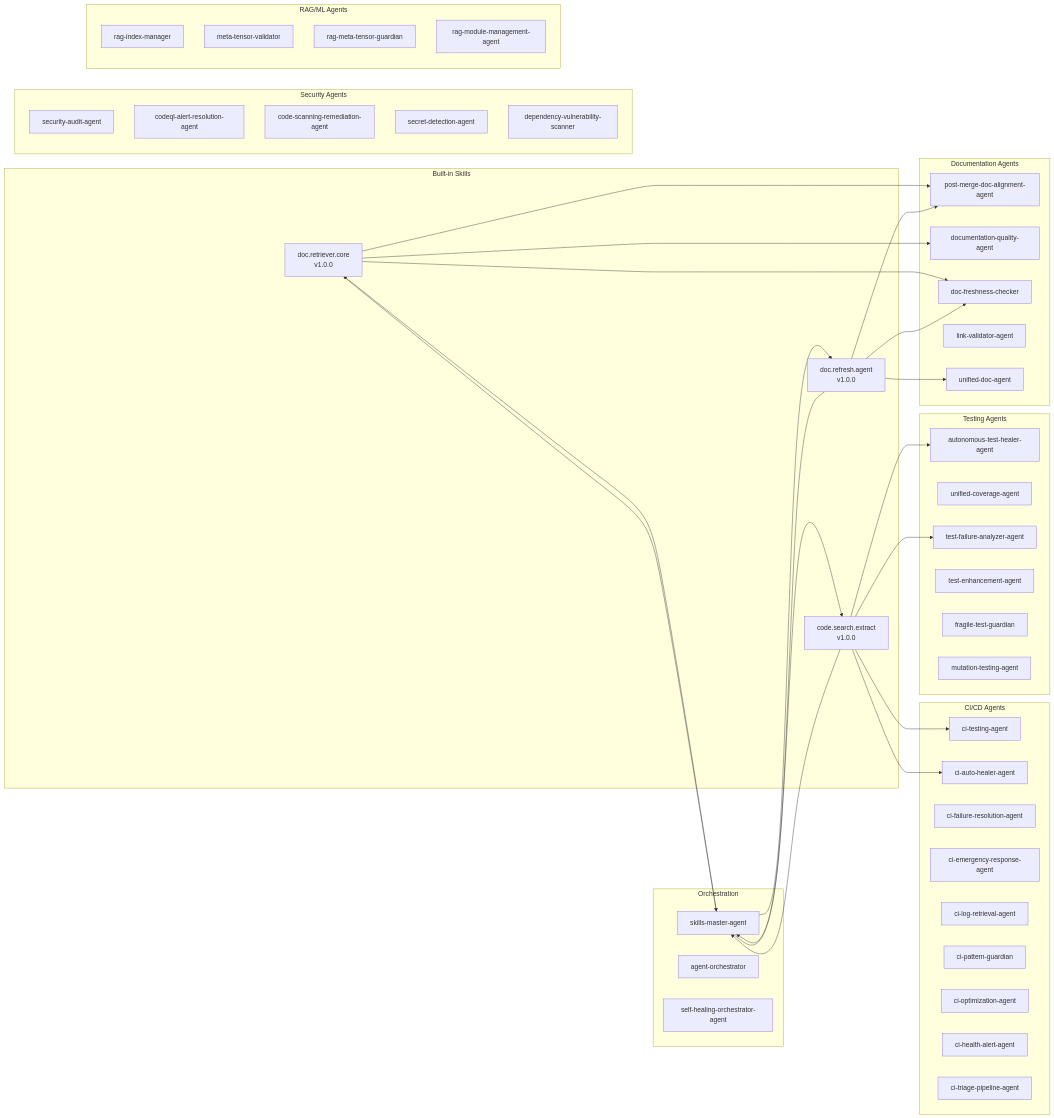
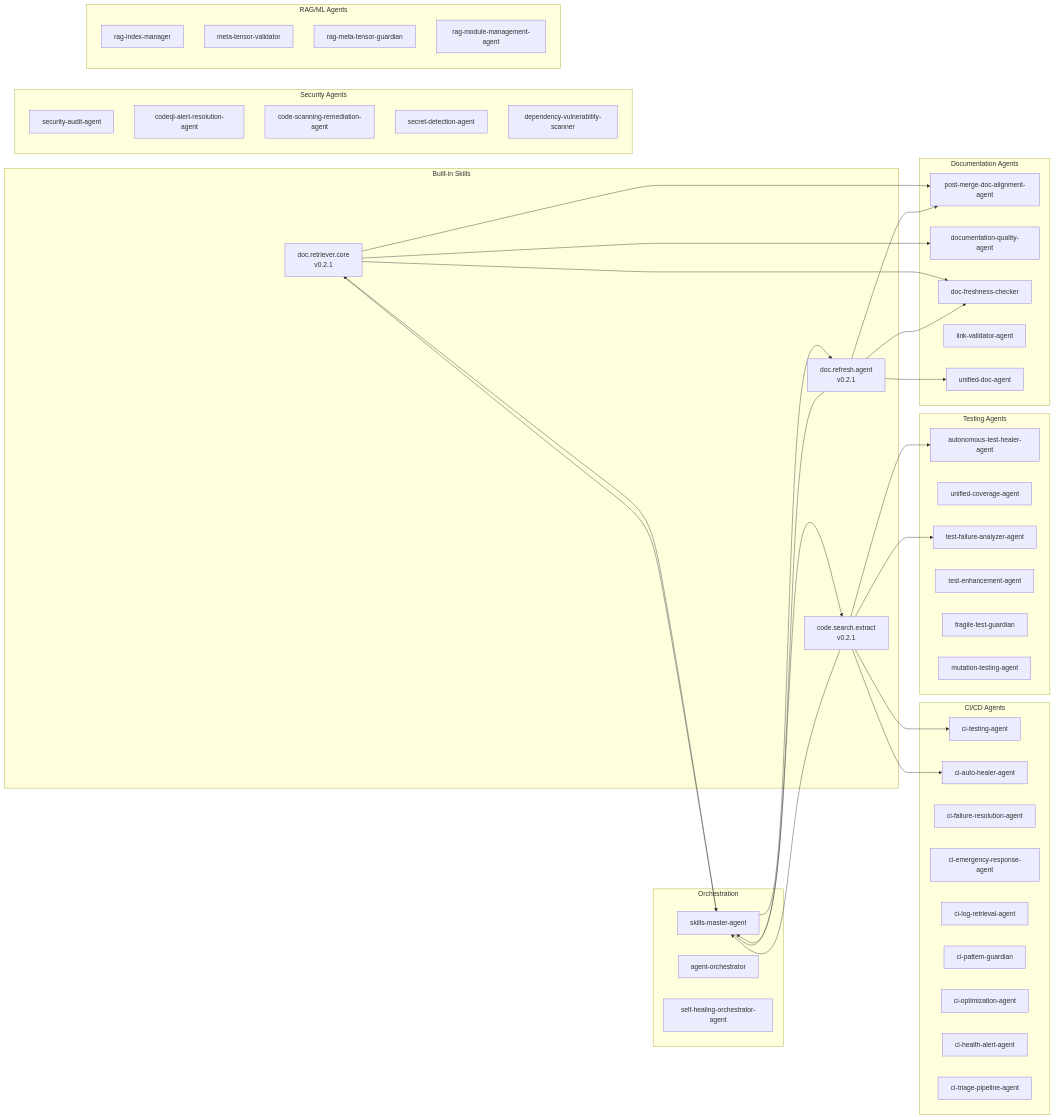
The first of 5 diagrams in docs/discussions/SKILLS_TELEMETRY_DASHBOARD.md (Aries-Serpent/_codex_), drawn with Mermaid before and after one commit. The commit also changed other lines of this file and 1989 other files, not shown here.

````diff
--- a/docs/discussions/SKILLS_TELEMETRY_DASHBOARD.md
+++ b/docs/discussions/SKILLS_TELEMETRY_DASHBOARD.md
@@ -22,64 +22,64 @@
 ```mermaid
-%%{init: {'accessibility': {'title': 'Flowchart showing "doc.retriever.core\nv1.0.0", "doc.refresh.agent\nv1.0.0"'}}%%
+%%{init: {'accessibility': {'title': 'Flowchart showing "doc.retriever.core\nv0.2.1", "doc.refresh.agent\nv0.2.1"'}}%%
 graph LR
     subgraph "Built-in Skills"
-        S1["doc.retriever.core\nv1.0.0"]
-        S2["doc.refresh.agent\nv1.0.0"]
-        S3["code.search.extract\nv1.0.0"]
+        S1["doc.retriever.core\nv0.2.1"]
+        S2["doc.refresh.agent\nv0.2.1"]
+        S3["code.search.extract\nv0.2.1"]
     end
 
     subgraph "CI/CD Agents"
         A1[ci-testing-agent]
         A2[ci-auto-healer-agent]
         A3[ci-failure-resolution-agent]
         A4[ci-emergency-response-agent]
         A5[ci-log-retrieval-agent]
         A6[ci-pattern-guardian]
         A7[ci-optimization-agent]
         A8[ci-health-alert-agent]
         A9[ci-triage-pipeline-agent]
     end
 
     subgraph "Testing Agents"
         B1[autonomous-test-healer-agent]
         B2[unified-coverage-agent]
         B3[test-failure-analyzer-agent]
         B4[test-enhancement-agent]
         B5[fragile-test-guardian]
         B6[mutation-testing-agent]
     end
 
     subgraph "Documentation Agents"
         C1[post-merge-doc-alignment-agent]
         C2[documentation-quality-agent]
         C3[doc-freshness-checker]
         C4[link-validator-agent]
         C5[unified-doc-agent]
     end
 
     subgraph "Security Agents"
         D1[security-audit-agent]
         D2[codeql-alert-resolution-agent]
         D3[code-scanning-remediation-agent]
         D4[secret-detection-agent]
         D5[dependency-vulnerability-scanner]
     end
 
     subgraph "RAG/ML Agents"
         E1[rag-index-manager]
         E2[meta-tensor-validator]
         E3[rag-meta-tensor-guardian]
         E4[rag-module-management-agent]
     end
 
     subgraph "Orchestration"
         F1[skills-master-agent]
         F2[agent-orchestrator]
         F3[self-healing-orchestrator-agent]
     end
 
     S1 --> C1 & C2 & C3 & F1
     S2 --> C1 & C3 & C5 & F1
     S3 --> A1 & A2 & B1 & B3 & F1
     F1 --> S1 & S2 & S3
 ```
````
